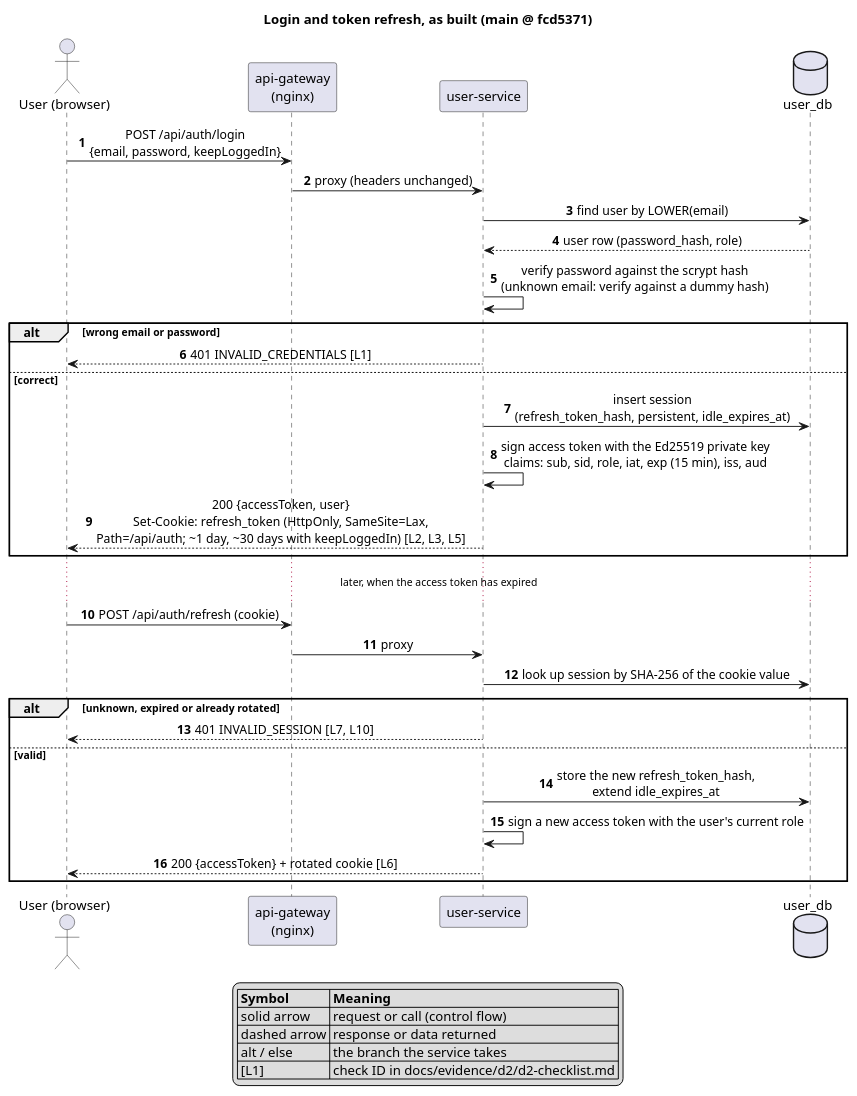
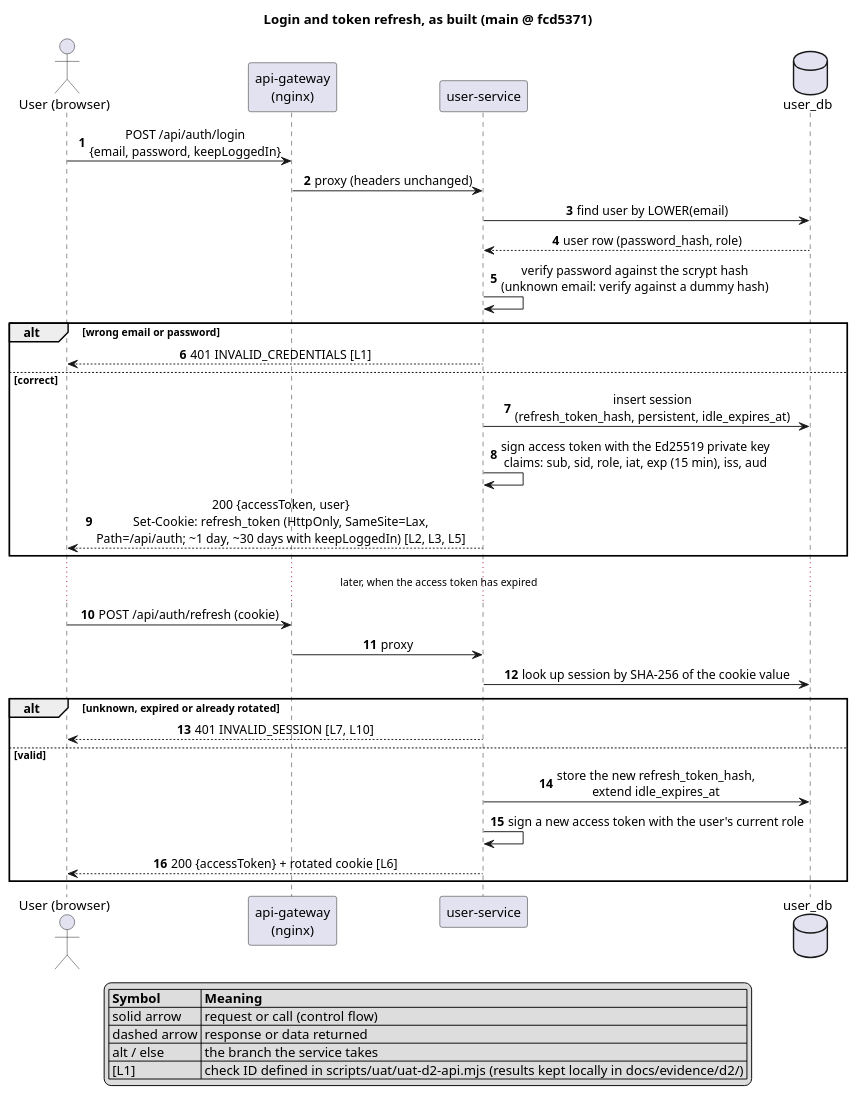
One commit to AY2627S1-CS3219-P25/friend-on-campus changed the diagram in docs/diagrams/auth-login.puml. Above: the diagram before and after it, drawn with PlantUML. The commit also changed 2 other files, not shown here.

Commit message:
docs: point the sequence-diagram legends at the script that defines the check IDs

```diff
--- a/docs/diagrams/auth-login.puml
+++ b/docs/diagrams/auth-login.puml
@@ -7,45 +7,45 @@
 @startuml auth-login
 title Login and token refresh, as built (main @ fcd5371)
 skinparam shadowing false
 skinparam sequenceMessageAlign center
 autonumber
 
 actor "User (browser)" as U
 participant "api-gateway\n(nginx)" as GW
 participant "user-service" as US
 database "user_db" as DB
 
 U -> GW : POST /api/auth/login\n{email, password, keepLoggedIn}
 GW -> US : proxy (headers unchanged)
 US -> DB : find user by LOWER(email)
 DB --> US : user row (password_hash, role)
 US -> US : verify password against the scrypt hash\n(unknown email: verify against a dummy hash)
 alt wrong email or password
   US --> U : 401 INVALID_CREDENTIALS [L1]
 else correct
   US -> DB : insert session\n(refresh_token_hash, persistent, idle_expires_at)
   US -> US : sign access token with the Ed25519 private key\nclaims: sub, sid, role, iat, exp (15 min), iss, aud
   US --> U : 200 {accessToken, user}\nSet-Cookie: refresh_token (HttpOnly, SameSite=Lax,\nPath=/api/auth; ~1 day, ~30 days with keepLoggedIn) [L2, L3, L5]
 end
 
 ... later, when the access token has expired ...
 
 U -> GW : POST /api/auth/refresh (cookie)
 GW -> US : proxy
 US -> DB : look up session by SHA-256 of the cookie value
 alt unknown, expired or already rotated
   US --> U : 401 INVALID_SESSION [L7, L10]
 else valid
   US -> DB : store the new refresh_token_hash,\nextend idle_expires_at
   US -> US : sign a new access token with the user's current role
   US --> U : 200 {accessToken} + rotated cookie [L6]
 end
 
 legend bottom
   |= Symbol |= Meaning |
   | solid arrow | request or call (control flow) |
   | dashed arrow | response or data returned |
   | alt / else | the branch the service takes |
-  | [L1] | check ID in docs/evidence/d2/d2-checklist.md |
+  | [L1] | check ID defined in scripts/uat/uat-d2-api.mjs (results kept locally in docs/evidence/d2/) |
 endlegend
 @enduml
```
